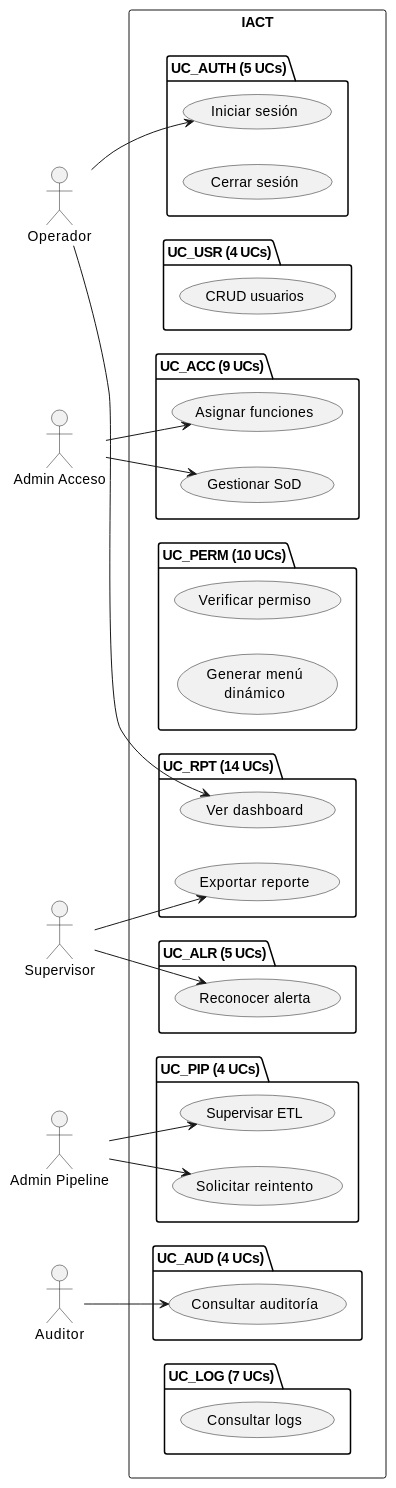
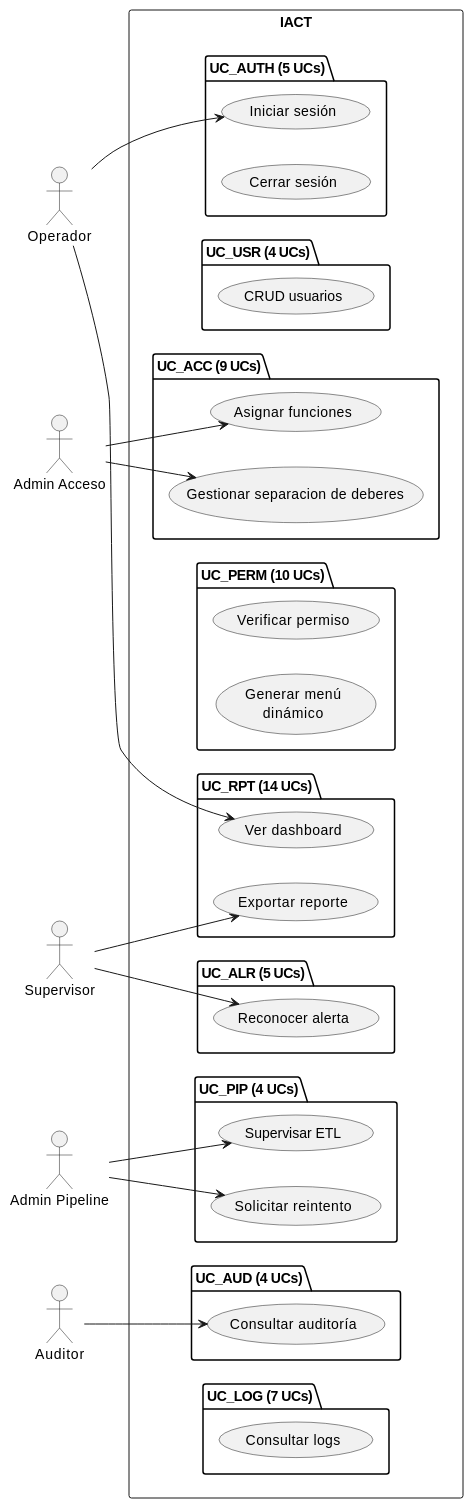
The diagram in source/requisitos/_metodologia-aplicacion/casos-uso-diagramas/agrupamiento-con-paquetes.rst (jcg-admin/IACT-docs), drawn with PlantUML before and after one commit. The commit also changed 15 other files, not shown here.

```diff
--- a/source/requisitos/_metodologia-aplicacion/casos-uso-diagramas/agrupamiento-con-paquetes.rst
+++ b/source/requisitos/_metodologia-aplicacion/casos-uso-diagramas/agrupamiento-con-paquetes.rst
@@ -8,64 +8,64 @@
 .. uml::
 
    @startuml
 
    left to right direction
    actor Operador
    actor Supervisor
    actor "Admin Acceso"   as AdminAcceso
    actor "Admin Pipeline" as AdminPipeline
    actor Auditor
 
    rectangle "IACT" {
      package "UC_AUTH (5 UCs)" {
        usecase "Iniciar sesión"  as INICIAR_SESION
        usecase "Cerrar sesión"   as CERRAR_SESION
      }
 
      package "UC_USR (4 UCs)" {
        usecase "CRUD usuarios" as CRUD_USUARIOS
      }
 
      package "UC_ACC (9 UCs)" {
        usecase "Asignar funciones"   as ASIGNAR_FUNCIONES_A_USUARIO
-       usecase "Gestionar SoD"       as GESTIONAR_REGLAS_SOD
+       usecase "Gestionar separacion de deberes"       as GESTIONAR_REGLAS_SEPARACION
      }
 
      package "UC_PERM (10 UCs)" {
        usecase "Verificar permiso"   as VERIFICAR_PERMISO
        usecase "Generar menú\ndinámico" as GENERAR_MENU_DINAMICO
      }
 
      package "UC_RPT (14 UCs)" {
        usecase "Ver dashboard"       as VER_DASHBOARD_IVR
        usecase "Exportar reporte"    as EJECUTAR_PROCEDIMIENTO_RPT
      }
 
      package "UC_ALR (5 UCs)" {
        usecase "Reconocer alerta"    as RECONOCER_ALERTA
      }
 
      package "UC_PIP (4 UCs)" {
        usecase "Supervisar ETL"      as PASO_AUTENTICACION
        usecase "Solicitar reintento" as GESTION_PIPELINE_ETL
      }
 
      package "UC_AUD (4 UCs)" {
        usecase "Consultar auditoría" as CONSULTAR_AUDITORIA
      }
 
      package "UC_LOG (7 UCs)" {
        usecase "Consultar logs"      as CONSULTAR_LOGS
      }
    }
 
    Operador   --> INICIAR_SESION
    Operador   --> VER_DASHBOARD_IVR
    Supervisor --> EJECUTAR_PROCEDIMIENTO_RPT
    Supervisor --> RECONOCER_ALERTA
    AdminAcceso         --> ASIGNAR_FUNCIONES_A_USUARIO
-   AdminAcceso         --> GESTIONAR_REGLAS_SOD
+   AdminAcceso         --> GESTIONAR_REGLAS_SEPARACION
    AdminPipeline         --> PASO_AUTENTICACION
    AdminPipeline         --> GESTION_PIPELINE_ETL
    Auditor    --> CONSULTAR_AUDITORIA
    @enduml
```
